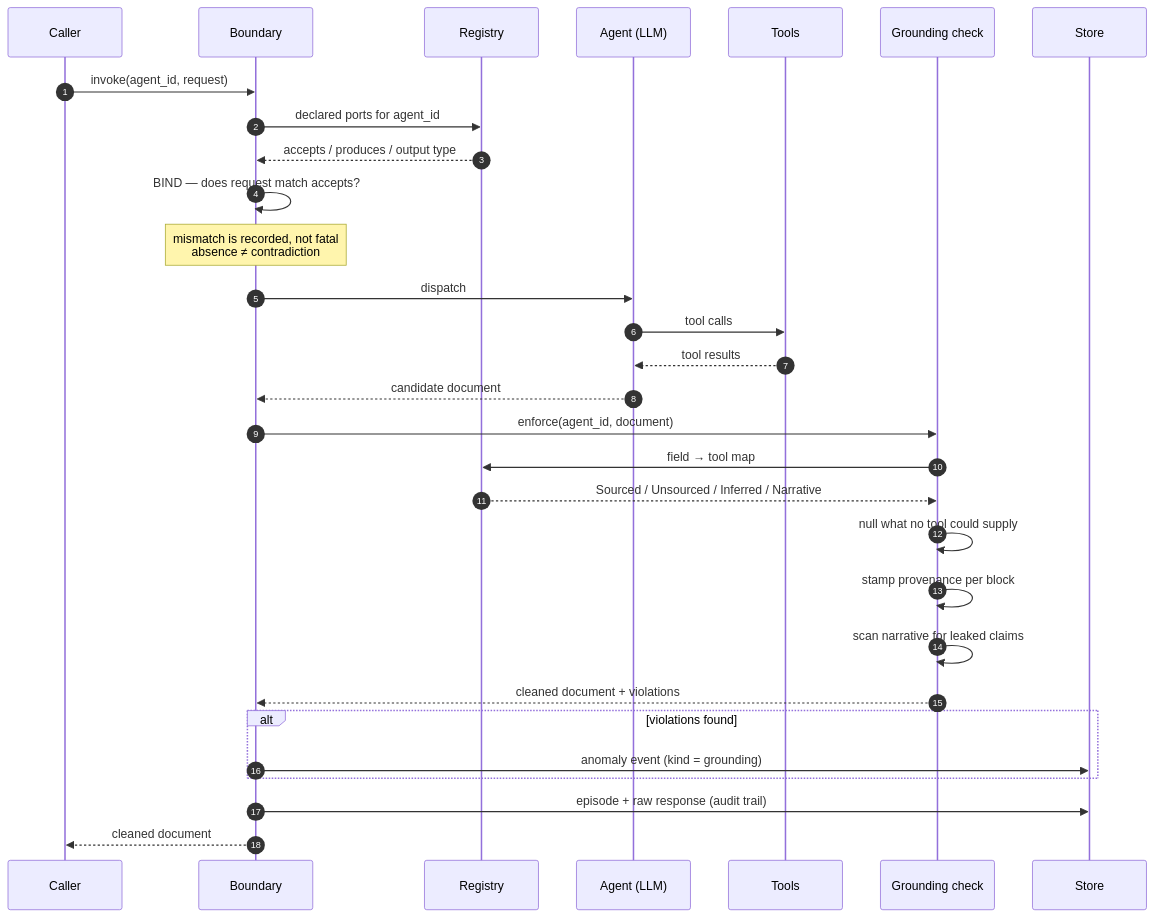
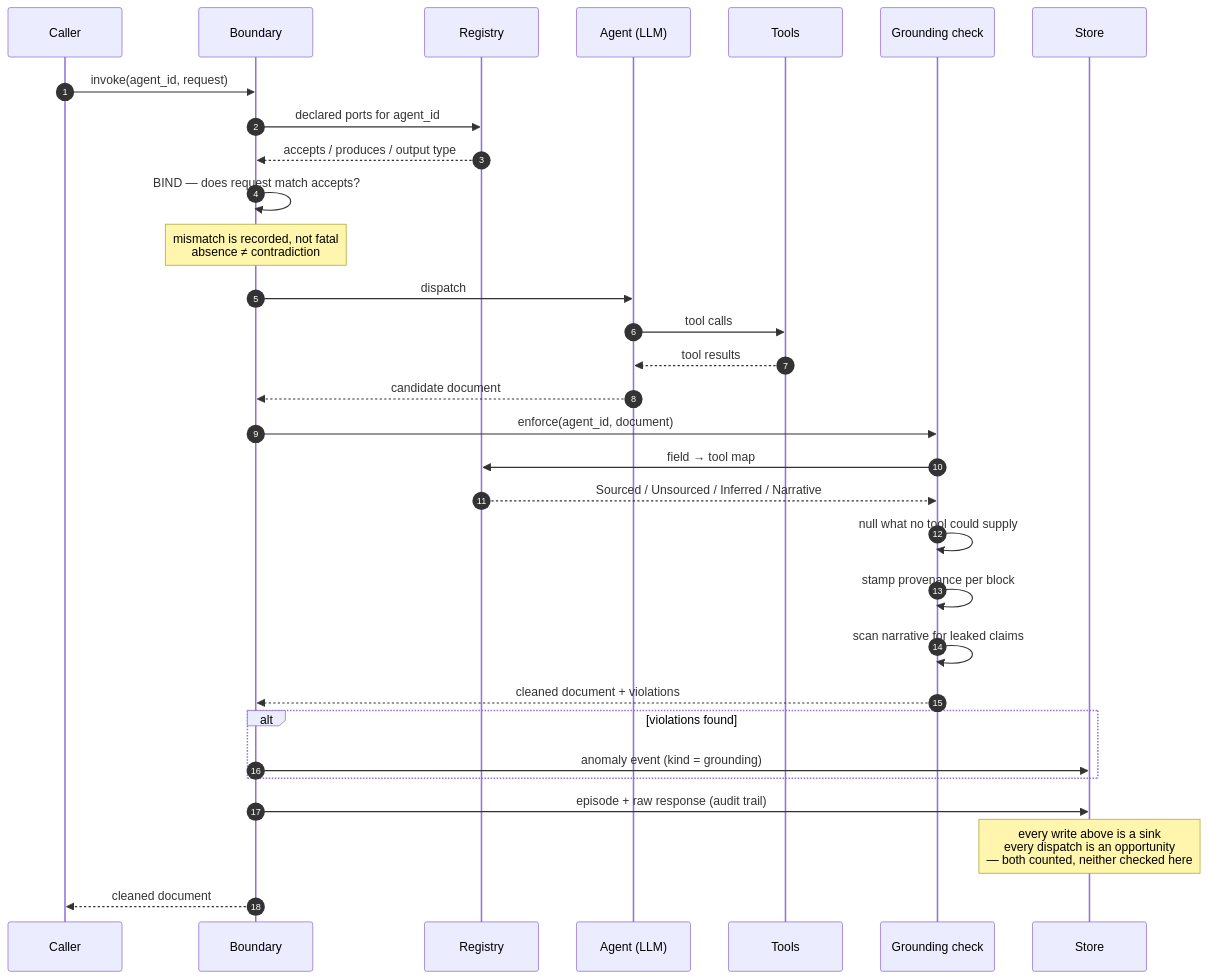
Before and after one commit to Replicant-Partners/fermi: the sixth of 7 diagrams in docs/papers/verification_for_agent_ecologies.md, drawn with Mermaid. The commit also changed other lines of this file and 4 other files, not shown here.

````diff
--- a/docs/papers/verification_for_agent_ecologies.md
+++ b/docs/papers/verification_for_agent_ecologies.md
@@ -446,36 +458,37 @@
 ```mermaid
 sequenceDiagram
     autonumber
     participant C as Caller
     participant B as Boundary
     participant R as Registry
     participant A as Agent (LLM)
     participant T as Tools
     participant G as Grounding check
     participant S as Store
 
     C->>B: invoke(agent_id, request)
     B->>R: declared ports for agent_id
     R-->>B: accepts / produces / output type
     B->>B: BIND — does request match accepts?
     Note over B: mismatch is recorded, not fatal<br/>absence ≠ contradiction
 
     B->>A: dispatch
     A->>T: tool calls
     T-->>A: tool results
     A-->>B: candidate document
 
     B->>G: enforce(agent_id, document)
     G->>R: field → tool map
     R-->>G: Sourced / Unsourced / Inferred / Narrative
     G->>G: null what no tool could supply
     G->>G: stamp provenance per block
     G->>G: scan narrative for leaked claims
     G-->>B: cleaned document + violations
 
     alt violations found
         B->>S: anomaly event (kind = grounding)
     end
     B->>S: episode + raw response (audit trail)
+    Note over S: every write above is a sink<br/>every dispatch is an opportunity<br/>— both counted, neither checked here
     B-->>C: cleaned document
 ```
````
